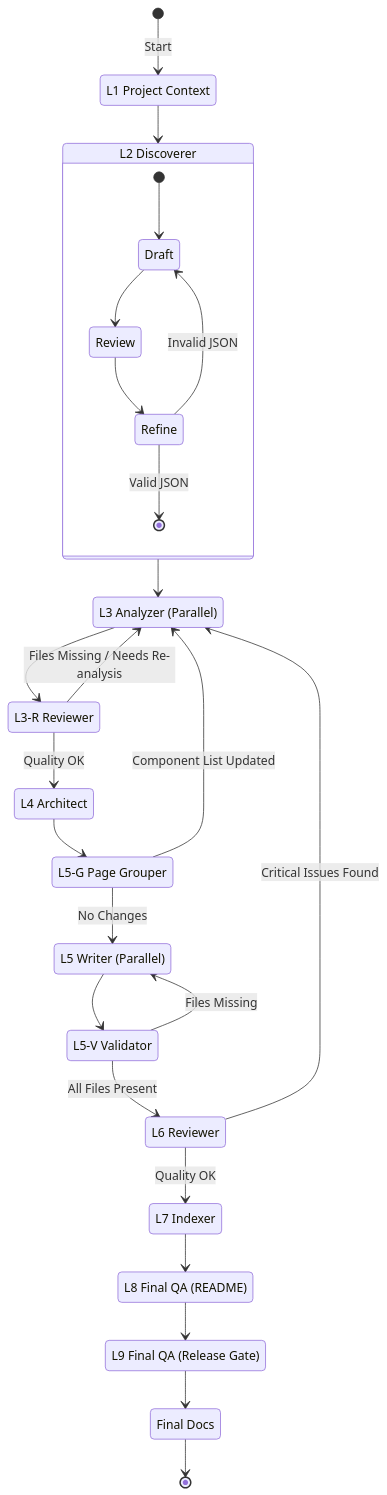
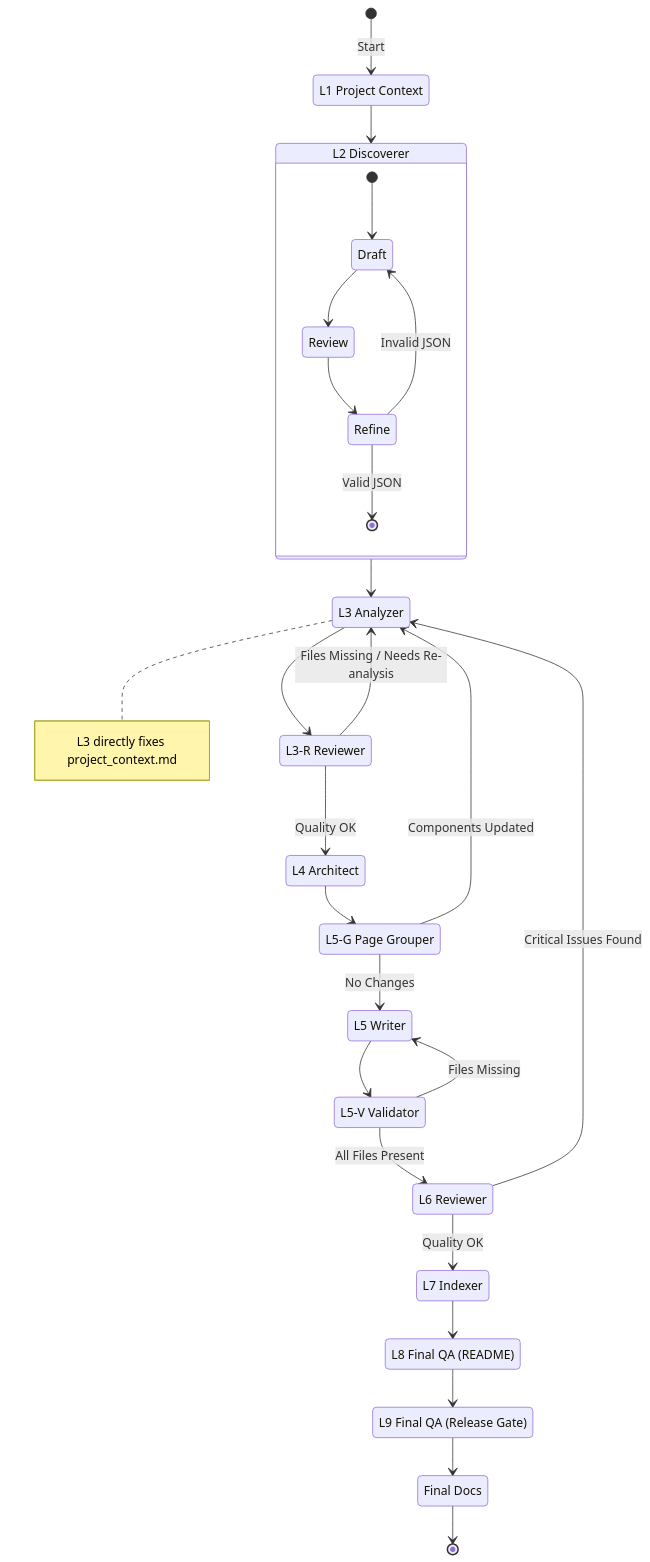
The diagram in README.md (ifapmzadu6/vscode-copilot-deepwiki-extention), drawn with Mermaid before and after one commit. The commit also changed other lines of this file and 4 other files, not shown here.

First line of the commit message:
feat: add project context self-correction capability (#138)

````diff
--- a/README.md
+++ b/README.md
@@ -23,49 +23,50 @@
 ```mermaid
 stateDiagram-v2
     [*] --> L1: Start
 
     L1: L1 Project Context
     L2: L2 Discoverer
-    L3: L3 Analyzer (Parallel)
+    L3: L3 Analyzer
     L3R: L3-R Reviewer
     L4: L4 Architect
     L5G: L5-G Page Grouper
-    L5: L5 Writer (Parallel)
+    L5: L5 Writer
     L5V: L5-V Validator
     L6: L6 Reviewer
     L7: L7 Indexer
     L8: L8 Final QA (README)
     L9: L9 Final QA (Release Gate)
     Done: Final Docs
 
     L1 --> L2
 
     state L2 {
         [*] --> Draft
         Draft --> Review
         Review --> Refine
         Refine --> [*]: Valid JSON
         Refine --> Draft: Invalid JSON
     }
 
     L2 --> L3
 
+    note right of L3 : L3 directly fixes project_context.md
     L3 --> L3R
     L3R --> L3: Files Missing / Needs Re-analysis
     L3R --> L4: Quality OK
 
     L4 --> L5G
-    L5G --> L3: Component List Updated
+    L5G --> L3: Components Updated
     L5G --> L5: No Changes
     L5 --> L5V
     L5V --> L5: Files Missing
     L5V --> L6: All Files Present
 
     L6 --> L3: Critical Issues Found
     L6 --> L7: Quality OK
 
     L7 --> L8
     L8 --> L9
     L9 --> Done
     Done --> [*]
 ```
````
